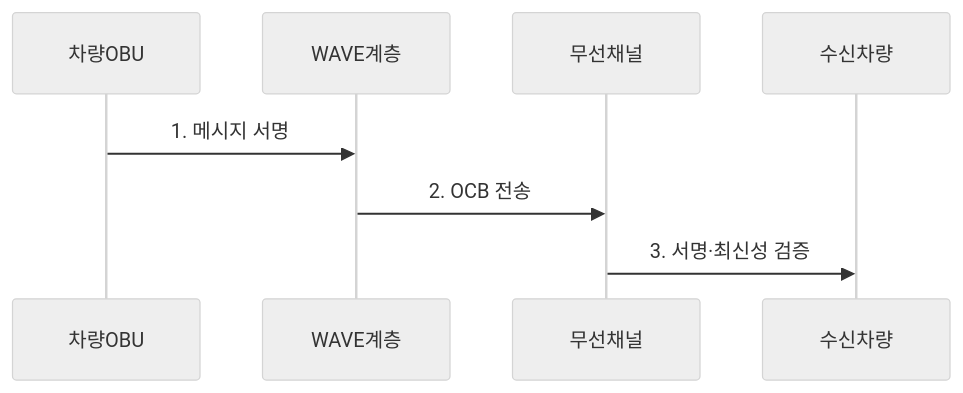
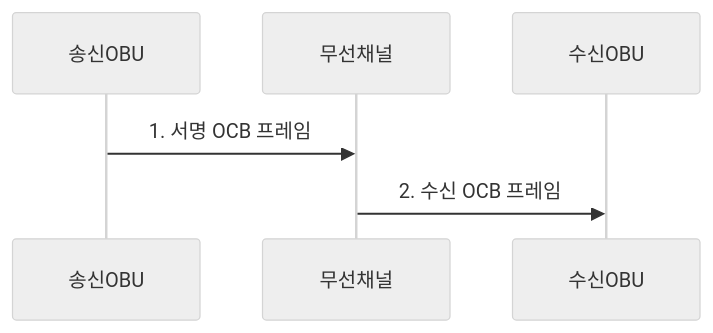
One commit to agnusdei1207/knowledge-base changed the second of 2 diagrams in src/content/docs/notes/04-network/051_ieee_802_11p_wave.md. Above: the diagram before and after it, drawn with Mermaid (neutral theme). The commit also changed other lines of this file and 20 other files, not shown here.

````diff
--- a/src/content/docs/notes/04-network/051_ieee_802_11p_wave.md
+++ b/src/content/docs/notes/04-network/051_ieee_802_11p_wave.md
@@ -81,10 +87,8 @@
 ```mermaid
 sequenceDiagram
-    participant 차량OBU
-    participant WAVE계층
+    participant 송신OBU
     participant 무선채널
-    participant 수신차량
-    차량OBU->>WAVE계층: 1. 메시지 서명
-    WAVE계층->>무선채널: 2. OCB 전송
-    무선채널->>수신차량: 3. 서명·최신성 검증
+    participant 수신OBU
+    송신OBU->>무선채널: 1. 서명 OCB 프레임
+    무선채널->>수신OBU: 2. 수신 OCB 프레임
 ```
````
